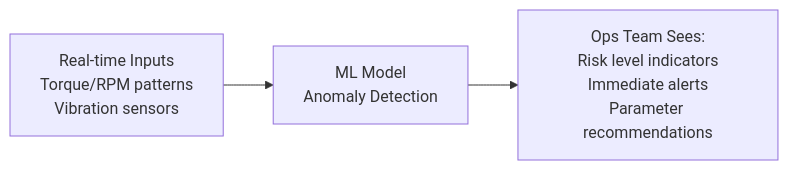
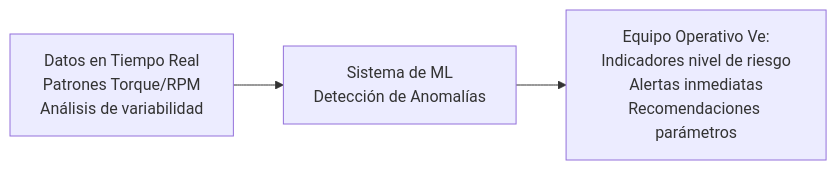
The second of 13 diagrams in PAE_Report.md (wonder-dmercadal/PublicReports), drawn with Mermaid before and after one commit. The commit also changed other lines of this file, not shown here.

````diff
--- a/PAE_Report.md
+++ b/PAE_Report.md
@@ -35,5 +35,5 @@
 ```mermaid
 graph LR
-    A[Real-time Inputs<br/>Torque/RPM patterns<br/>Vibration sensors] --> B[ML Model<br/>Anomaly Detection]
-    B --> C[Ops Team Sees:<br/>Risk level indicators<br/>Immediate alerts<br/>Parameter recommendations]
+    A[Datos en Tiempo Real<br/>Patrones Torque/RPM<br/>Análisis de variabilidad] --> B[Sistema de ML<br/>Detección de Anomalías]
+    B --> C[Equipo Operativo Ve:<br/>Indicadores nivel de riesgo<br/>Alertas inmediatas<br/>Recomendaciones parámetros]
 ```
````
